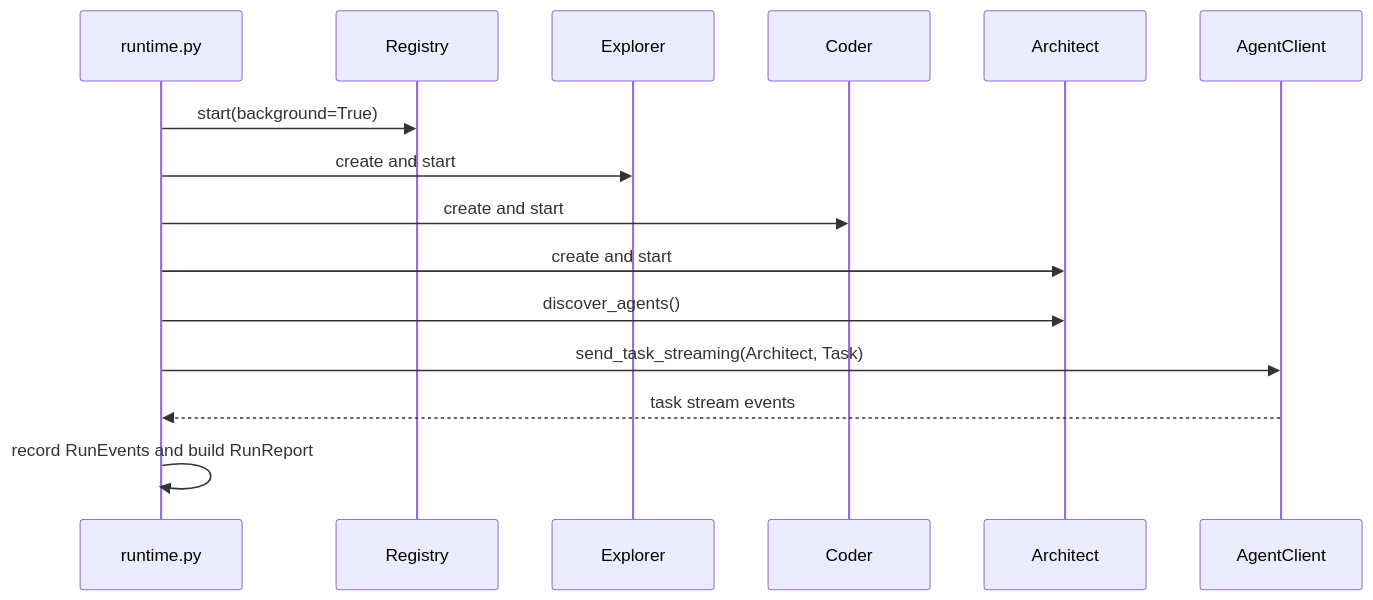
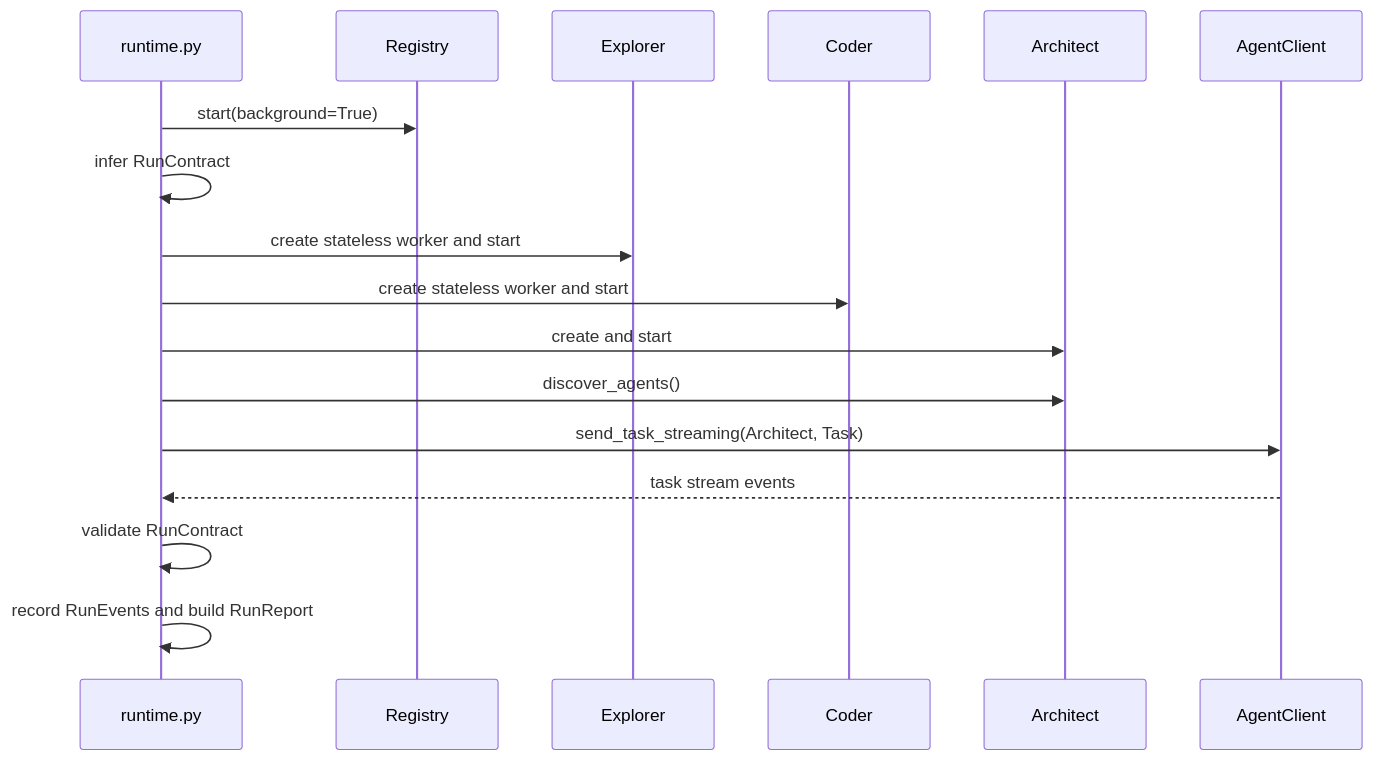
The diagram in docs/content/core/runtime.md (nMaroulis/protoagent), drawn with Mermaid before and after one commit. The commit also changed other lines of this file and 32 other files, not shown here.

````diff
--- a/docs/content/core/runtime.md
+++ b/docs/content/core/runtime.md
@@ -86,18 +108,20 @@
 ```mermaid
 sequenceDiagram
   participant Core as runtime.py
   participant Reg as Registry
   participant Exp as Explorer
   participant Cod as Coder
   participant Arc as Architect
   participant Client as AgentClient
 
   Core->>Reg: start(background=True)
-  Core->>Exp: create and start
-  Core->>Cod: create and start
+  Core->>Core: infer RunContract
+  Core->>Exp: create stateless worker and start
+  Core->>Cod: create stateless worker and start
   Core->>Arc: create and start
   Core->>Arc: discover_agents()
   Core->>Client: send_task_streaming(Architect, Task)
   Client-->>Core: task stream events
+  Core->>Core: validate RunContract
   Core->>Core: record RunEvents and build RunReport
 ```
````
